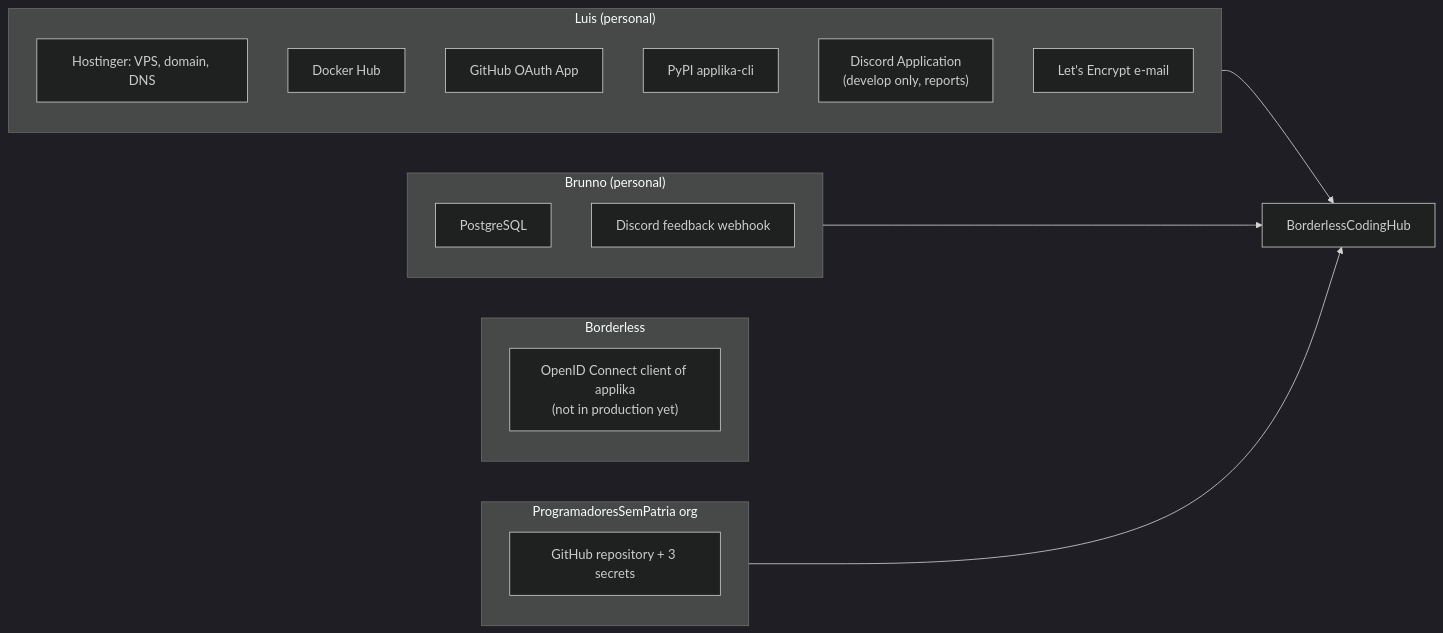
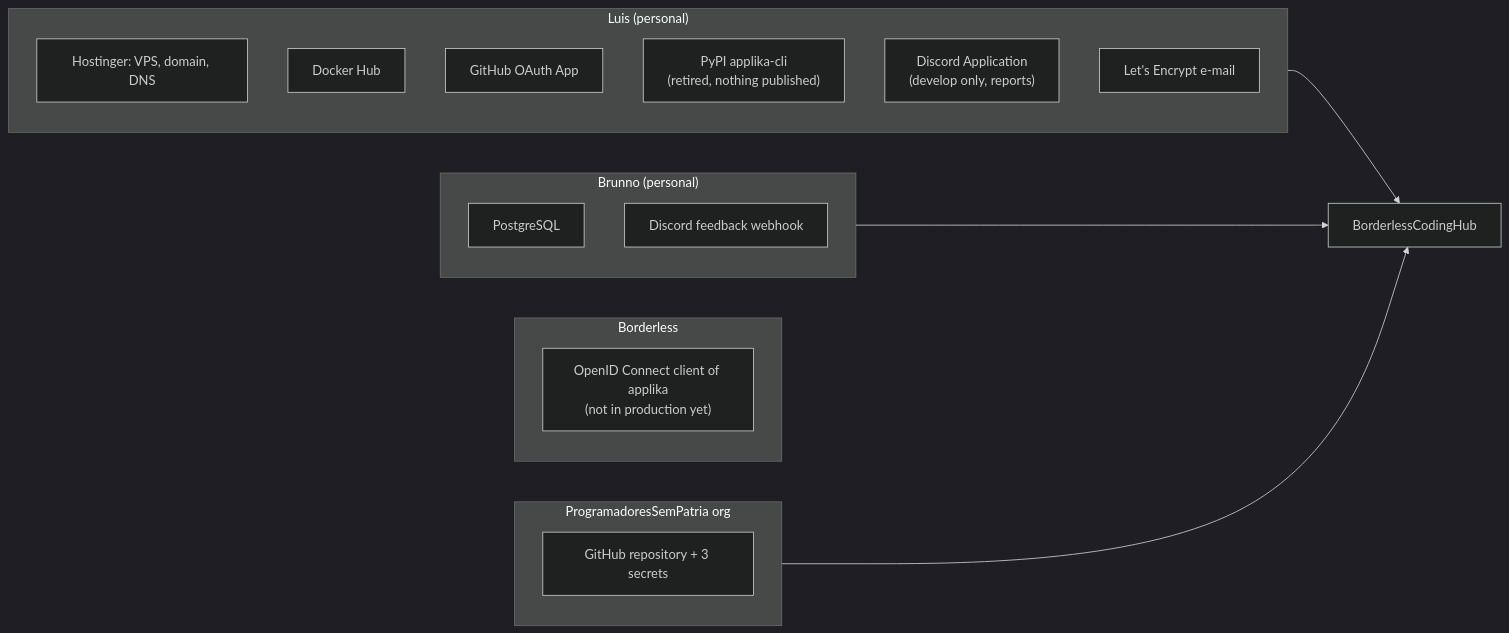
Diagram 12 of 12 in docs/infrastructure.md (BorderlessCodingHub/applika), drawn with Mermaid (dark theme) before and after one commit. The commit also changed other lines of this file and 73 other files, not shown here.

First line of the commit message:
chore(cli): remove applika-cli from the repository

````diff
--- a/docs/infrastructure.md
+++ b/docs/infrastructure.md
@@ -593,24 +589,24 @@
 ```mermaid
 flowchart LR
     subgraph luis["Luis (personal)"]
         l1["Hostinger: VPS, domain, DNS"]
         l2["Docker Hub"]
         l3["GitHub OAuth App"]
-        l4["PyPI applika-cli"]
+        l4["PyPI applika-cli<br/>(retired, nothing published)"]
         l5["Discord Application<br/>(develop only, reports)"]
         l6["Let's Encrypt e-mail"]
     end
     subgraph bl["Borderless"]
         o1["OpenID Connect client of applika<br/>(not in production yet)"]
     end
     subgraph brunno["Brunno (personal)"]
         b1["PostgreSQL"]
         b2["Discord feedback webhook"]
     end
     subgraph psp["ProgramadoresSemPatria org"]
         r1["GitHub repository + 3 secrets"]
     end
     luis --> bch["BorderlessCodingHub"]
     brunno --> bch
     psp --> bch
 ```
````
